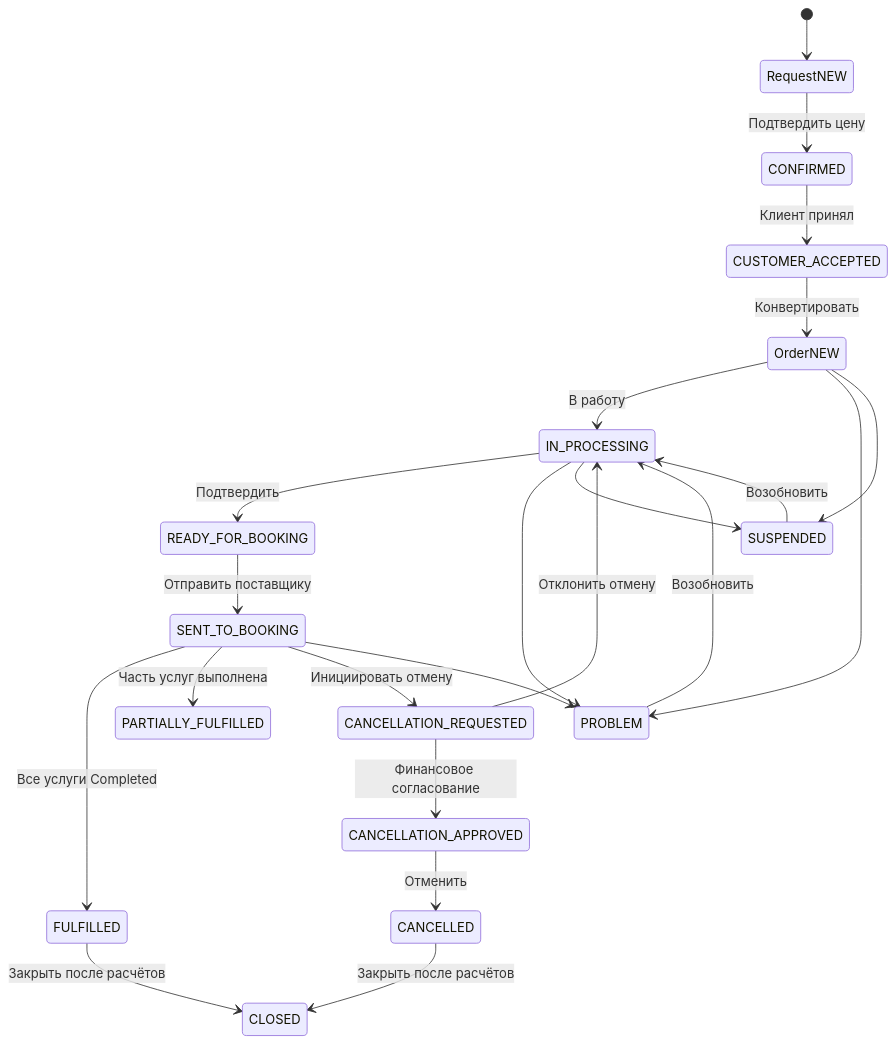
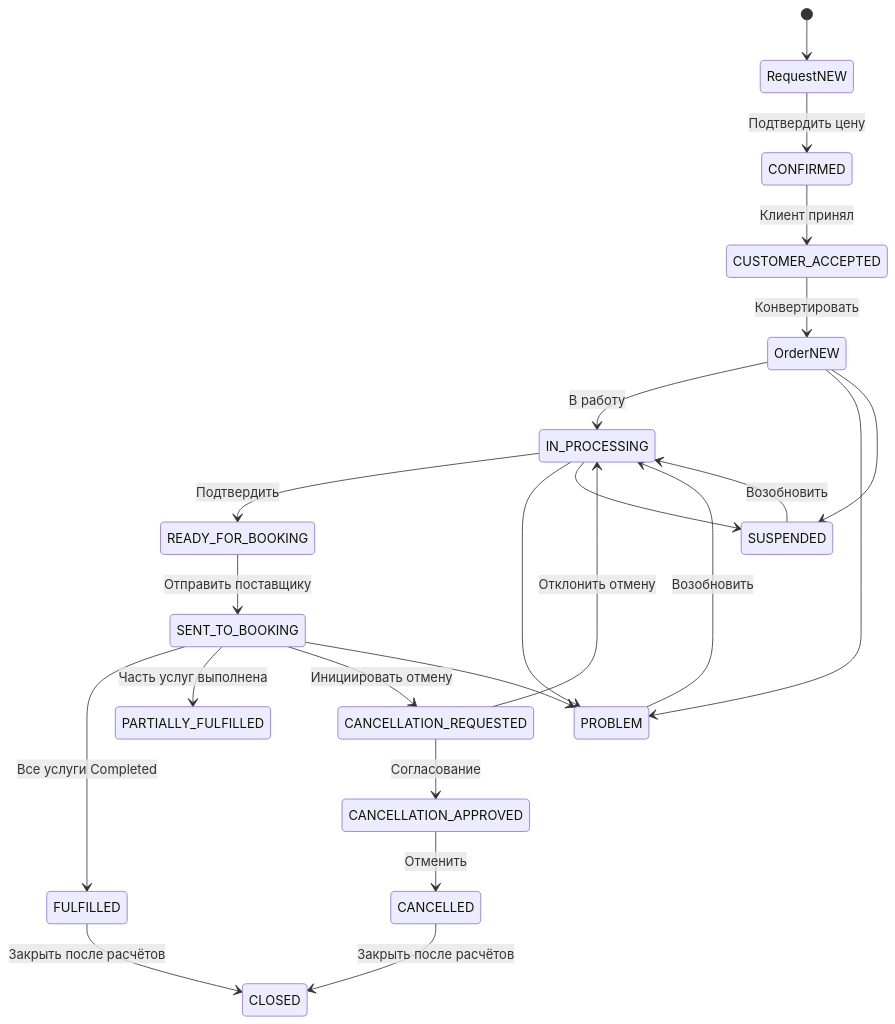
One commit to seldom733-hash/travelhub1 changed the diagram in docs/reports/LIFECYCLE_GRAPH_AUDIT_2026-11-07.md. Above: the diagram before and after it, drawn with Mermaid. The commit also changed other lines of this file, not shown here.

````diff
--- a/docs/reports/LIFECYCLE_GRAPH_AUDIT_2026-11-07.md
+++ b/docs/reports/LIFECYCLE_GRAPH_AUDIT_2026-11-07.md
@@ -8,25 +8,25 @@
 ```mermaid
 stateDiagram-v2
   [*] --> RequestNEW
   RequestNEW --> CONFIRMED: Подтвердить цену
   CONFIRMED --> CUSTOMER_ACCEPTED: Клиент принял
   CUSTOMER_ACCEPTED --> OrderNEW: Конвертировать
   OrderNEW --> IN_PROCESSING: В работу
   IN_PROCESSING --> READY_FOR_BOOKING: Подтвердить
   READY_FOR_BOOKING --> SENT_TO_BOOKING: Отправить поставщику
   SENT_TO_BOOKING --> FULFILLED: Все услуги Completed
   SENT_TO_BOOKING --> PARTIALLY_FULFILLED: Часть услуг выполнена
   SENT_TO_BOOKING --> CANCELLATION_REQUESTED: Инициировать отмену
-  CANCELLATION_REQUESTED --> CANCELLATION_APPROVED: Финансовое согласование
+  CANCELLATION_REQUESTED --> CANCELLATION_APPROVED: Согласование
   CANCELLATION_REQUESTED --> IN_PROCESSING: Отклонить отмену
   CANCELLATION_APPROVED --> CANCELLED: Отменить
   CANCELLED --> CLOSED: Закрыть после расчётов
   FULFILLED --> CLOSED: Закрыть после расчётов
   OrderNEW --> PROBLEM
   IN_PROCESSING --> PROBLEM
   SENT_TO_BOOKING --> PROBLEM
   PROBLEM --> IN_PROCESSING: Возобновить
   OrderNEW --> SUSPENDED
   IN_PROCESSING --> SUSPENDED
   SUSPENDED --> IN_PROCESSING: Возобновить
 ```
````
